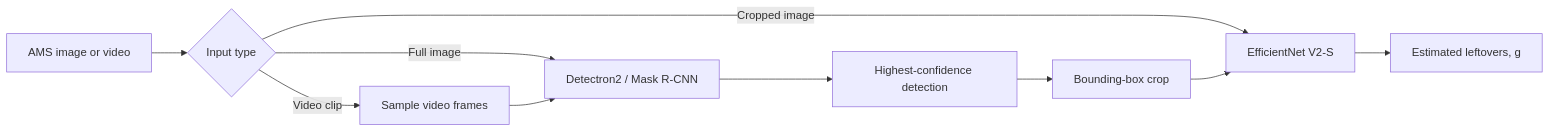
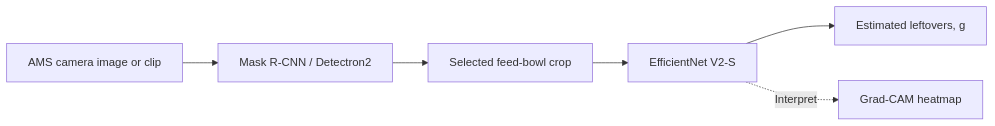
One commit to masayamatamura0-max/AMS-Concentrate-Leftover-Estimation- changed the diagram in README.md. Above: the diagram before and after it, drawn with Mermaid. The commit also changed other lines of this file and 3 other files, not shown here.

````diff
--- a/README.md
+++ b/README.md
@@ -47,12 +19,8 @@
 ```mermaid
 flowchart LR
-    A[AMS image or video] --> B{Input type}
-    B -->|Cropped image| E[EfficientNet V2-S]
-    B -->|Full image| C[Detectron2 / Mask R-CNN]
-    B -->|Video clip| D[Sample video frames]
-    D --> C
-    C --> F[Highest-confidence detection]
-    F --> G[Bounding-box crop]
-    G --> E
-    E --> H[Estimated leftovers, g]
+    A[AMS camera image or clip] --> B[Mask R-CNN / Detectron2]
+    B --> C[Selected feed-bowl crop]
+    C --> D[EfficientNet V2-S]
+    D --> E[Estimated leftovers, g]
+    D -. Interpret .-> F[Grad-CAM heatmap]
 ```
````
